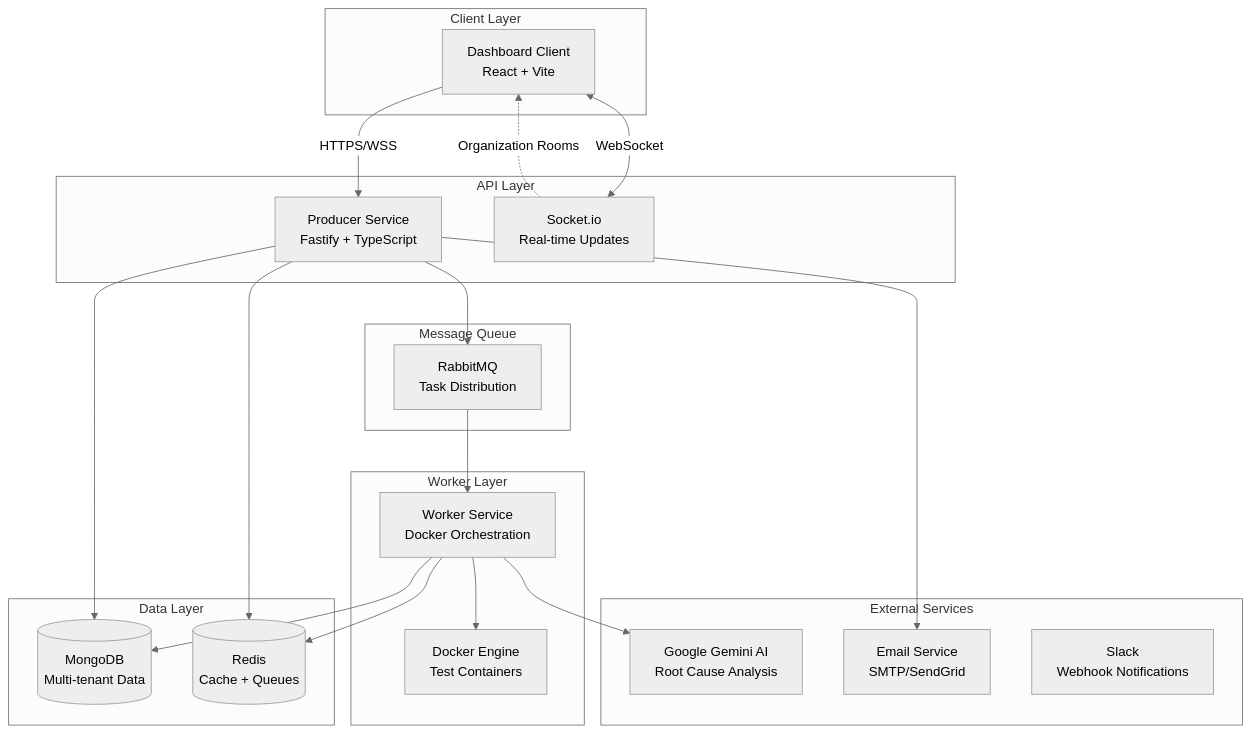
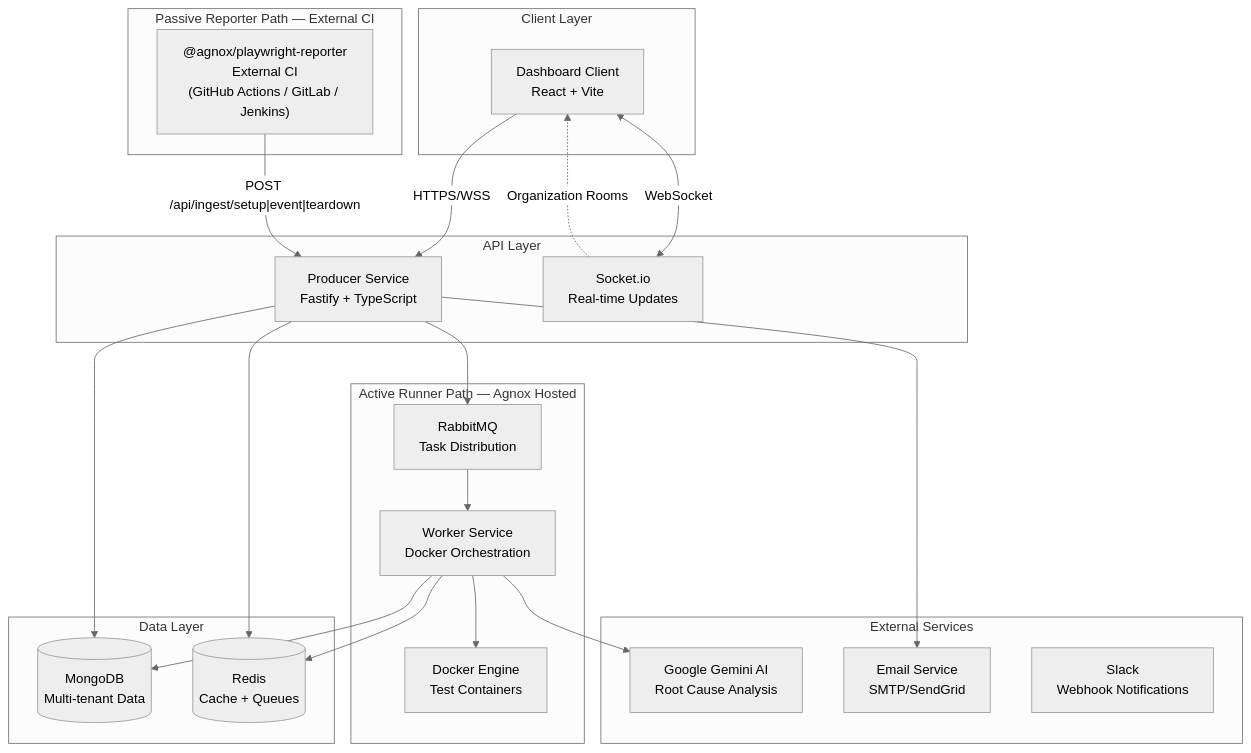
The first of 5 diagrams in docs/architecture/overview.md (keinar/Agnox), drawn with Mermaid (neutral theme) before and after one commit. The commit also changed other lines of this file and 6 other files, not shown here.

Commit message:
docs: comprehensive audit and sync for v3.8.0 dual architecture

````diff
--- a/docs/architecture/overview.md
+++ b/docs/architecture/overview.md
@@ -13,46 +13,49 @@
 ```mermaid
 graph TB
     subgraph "Client Layer"
         UI[Dashboard Client<br/>React + Vite]
+    end
+
+    subgraph "Active Runner Path — Agnox Hosted"
+        RabbitMQ[RabbitMQ<br/>Task Distribution]
+        Worker[Worker Service<br/>Docker Orchestration]
+        Docker[Docker Engine<br/>Test Containers]
+    end
+
+    subgraph "Passive Reporter Path — External CI"
+        Reporter["@agnox/playwright-reporter<br/>External CI<br/>(GitHub Actions / GitLab / Jenkins)"]
     end
 
     subgraph "API Layer"
         Producer[Producer Service<br/>Fastify + TypeScript]
         Socket[Socket.io<br/>Real-time Updates]
     end
 
-    subgraph "Worker Layer"
-        Worker[Worker Service<br/>Docker Orchestration]
-        Docker[Docker Engine<br/>Test Containers]
-    end
-
     subgraph "Data Layer"
         Mongo[(MongoDB<br/>Multi-tenant Data)]
         Redis[(Redis<br/>Cache + Queues)]
-    end
-
-    subgraph "Message Queue"
-        RabbitMQ[RabbitMQ<br/>Task Distribution]
     end
 
     subgraph "External Services"
         Gemini[Google Gemini AI<br/>Root Cause Analysis]
         Email[Email Service<br/>SMTP/SendGrid]
         Slack[Slack<br/>Webhook Notifications]
     end
 
     UI -->|HTTPS/WSS| Producer
     UI <-->|WebSocket| Socket
     Producer --> Mongo
     Producer --> Redis
     Producer --> RabbitMQ
     Producer --> Email
 
     RabbitMQ --> Worker
     Worker --> Docker
     Worker --> Mongo
     Worker --> Redis
     Worker --> Gemini
 
+    Reporter -->|"POST /api/ingest/setup|event|teardown"| Producer
+
     Socket -.->|Organization Rooms| UI
 ```
````
